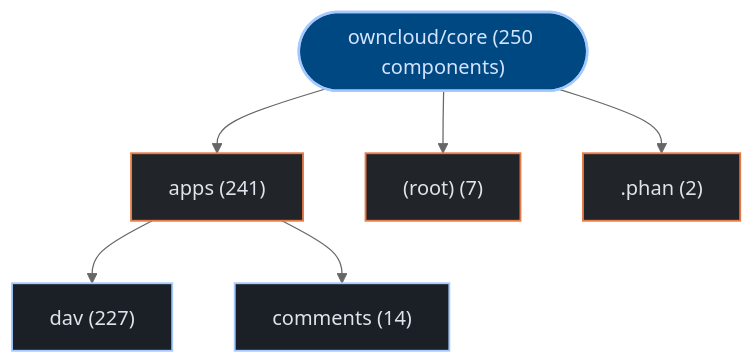
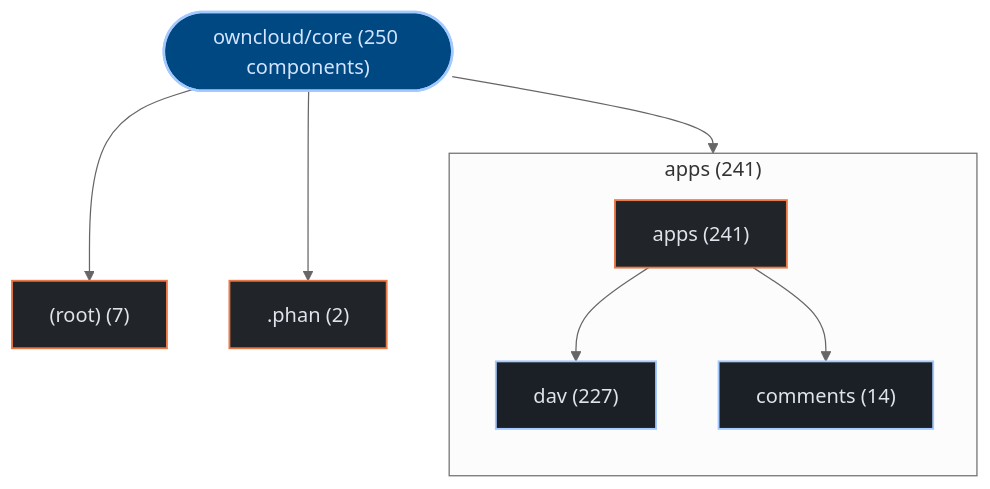
Before and after one commit to kumarshaz/atruss-code-atlas: the first of 2 diagrams in exports/latest/reports/owncloud-core-report.md, drawn with Mermaid (neutral theme). The commit also changed 178 other files, not shown here.

Commit message:
feat(ui,mermaid): upgrade to mermaid v12 + ELK layout, add orgs-summary + pagination, subgraph building blocks, fix tab alignment

````diff
--- a/exports/latest/reports/owncloud-core-report.md
+++ b/exports/latest/reports/owncloud-core-report.md
@@ -42,21 +42,24 @@
 ```mermaid
 graph TD;
   classDef atlasRoot fill:#004882,stroke:#a3c9ff,stroke-width:2px,color:#d3e4ff
   classDef atlasCategory fill:#212428,stroke:#E87A48,stroke-width:1.5px,color:#dfe3eb
   classDef atlasWorkflow fill:#1b2026,stroke:#a3c9ff,stroke-width:1.5px,color:#dfe3eb
   classDef atlasJob fill:#171c22,stroke:#8d9199,stroke-width:1px,color:#dfe3eb
   classDef atlasTarget fill:#005227,stroke:#8bd99b,stroke-width:1.5px,color:#a7f6b6
   classDef atlasAlert fill:#93000a,stroke:#ffb4ab,stroke-width:1.5px,color:#ffdad6
   classDef atlasMore fill:#252a31,stroke:#8d9199,stroke-dasharray:4 4,color:#c3c6cf
     repo_root(["owncloud/core (250 components)"]):::atlasRoot
-    dir_0_apps["apps (241)"]:::atlasCategory
+    subgraph sg_dir_0_apps["apps (241)"]
+      direction TB
+      dir_0_apps["apps (241)"]:::atlasCategory
+      sub_0_0_dav["dav (227)"]:::atlasWorkflow
+      dir_0_apps --> sub_0_0_dav
+      sub_0_1_comments["comments (14)"]:::atlasWorkflow
+      dir_0_apps --> sub_0_1_comments
+    end
     repo_root --> dir_0_apps
-    sub_0_0_dav["dav (227)"]:::atlasWorkflow
-    dir_0_apps --> sub_0_0_dav
-    sub_0_1_comments["comments (14)"]:::atlasWorkflow
-    dir_0_apps --> sub_0_1_comments
     dir_1__root_["(root) (7)"]:::atlasCategory
     repo_root --> dir_1__root_
     dir_2__phan[".phan (2)"]:::atlasCategory
     repo_root --> dir_2__phan
 ```
````
